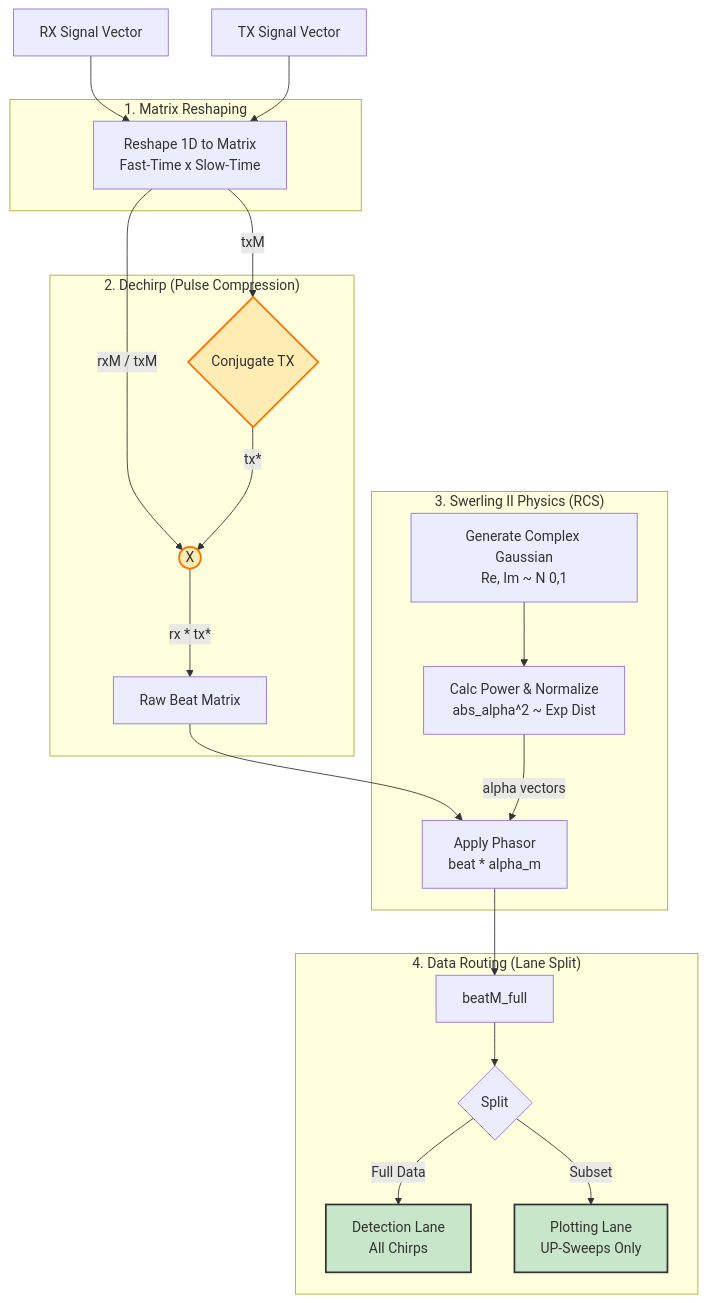
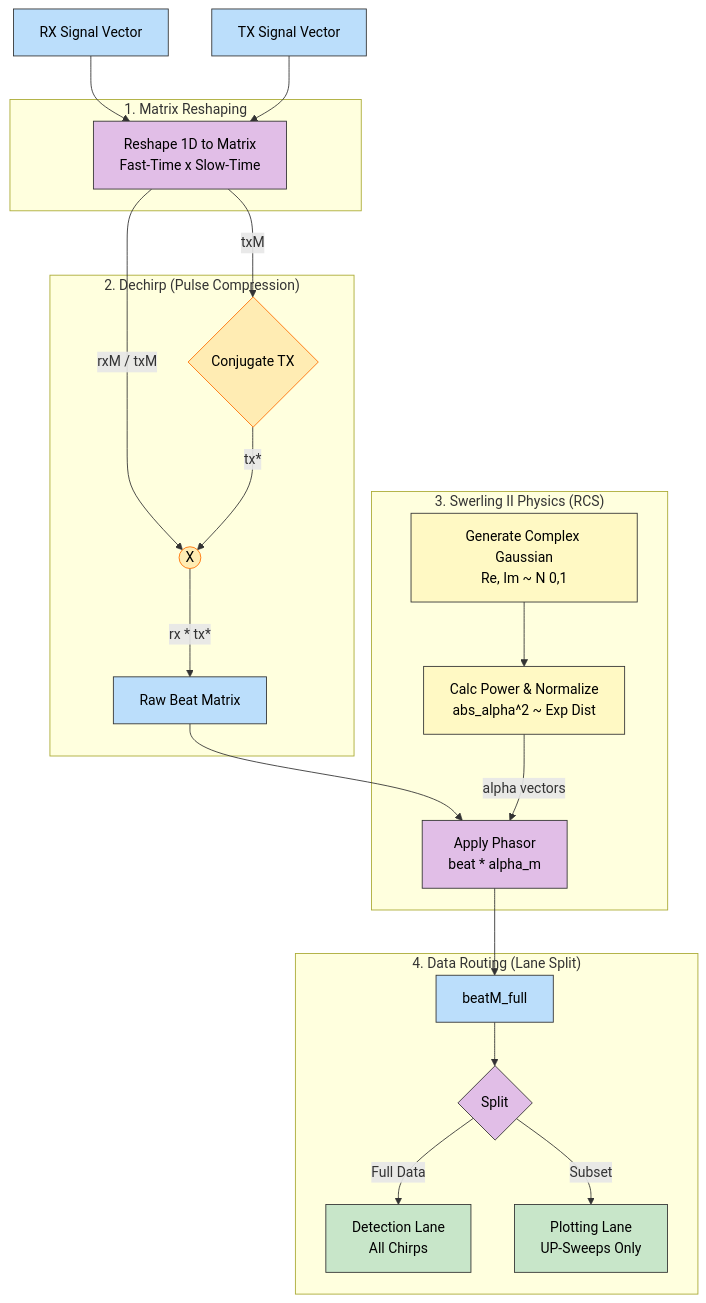
Before and after one commit to amnxlab/Radar-Fusion-Research: the fourth of 7 diagrams in docs/README_SIGNAL_PROCESSING.md, drawn with Mermaid.

````diff
--- a/docs/README_SIGNAL_PROCESSING.md
+++ b/docs/README_SIGNAL_PROCESSING.md
@@ -140,49 +140,52 @@
 ```mermaid
 graph TD
     %% Define inputs
     RX[RX Signal Vector]:::signal
     TX[TX Signal Vector]:::signal
     
     subgraph "1. Matrix Reshaping"
         Reshape[Reshape 1D to Matrix<br>Fast-Time x Slow-Time]:::process
     end
     
     subgraph "2. Dechirp (Pulse Compression)"
         Conj{Conjugate TX}:::math
         Mix((X)):::math
         BeatRaw[Raw Beat Matrix]:::signal
     end
     
     subgraph "3. Swerling II Physics (RCS)"
         GenGauss[Generate Complex Gaussian<br>Re, Im ~ N 0,1]:::physics
         Power[Calc Power & Normalize<br>abs_alpha^2 ~ Exp Dist]:::physics
         ApplyAlpha[Apply Phasor<br>beat * alpha_m]:::process
     end
     
     subgraph "4. Data Routing (Lane Split)"
         BeatFull[beatM_full]:::signal
         Split{Split}:::process
         DetectLane[Detection Lane<br>All Chirps]:::output
         PlotLane[Plotting Lane<br>UP-Sweeps Only]:::output
     end
 
     %% Flow
     RX --> Reshape
     TX --> Reshape
     Reshape -->|rxM / txM| Mix
     Reshape -->|txM| Conj
     Conj -->|tx*| Mix
     Mix -->|rx * tx*| BeatRaw
     
     BeatRaw --> ApplyAlpha
     GenGauss --> Power -->|alpha vectors| ApplyAlpha
     
     ApplyAlpha --> BeatFull
     BeatFull --> Split
     Split -->|Full Data| DetectLane
     Split -->|Subset| PlotLane
 
-    %% Specific Styles for this graph
-    classDef math fill:#FFECB3,stroke:#FF6F00,stroke-width:2px;
-    classDef output fill:#C8E6C9,stroke:#333,stroke-width:2px;
+    %% Specific Styles for this graph - High Contrast Matches Global
+    classDef signal fill:#BBDEFB,stroke:#333,stroke-width:1px,color:black;
+    classDef process fill:#E1BEE7,stroke:#333,stroke-width:1px,color:black;
+    classDef physics fill:#FFF9C4,stroke:#333,stroke-width:1px,color:black;
+    classDef output fill:#C8E6C9,stroke:#333,stroke-width:1px,color:black;
+    classDef math fill:#FFECB3,stroke:#FF6F00,stroke-width:1px,color:black;
 ```
````
